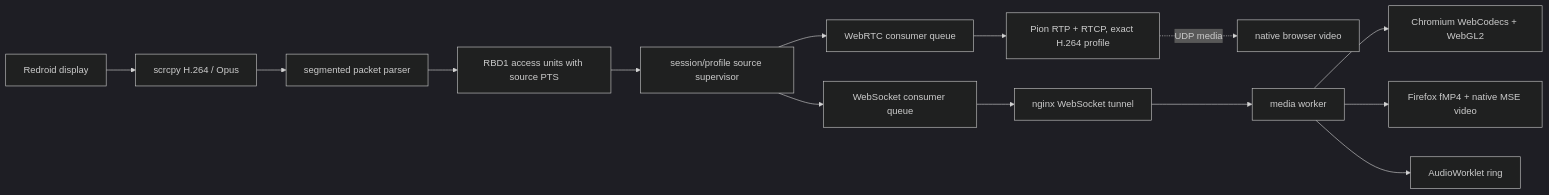
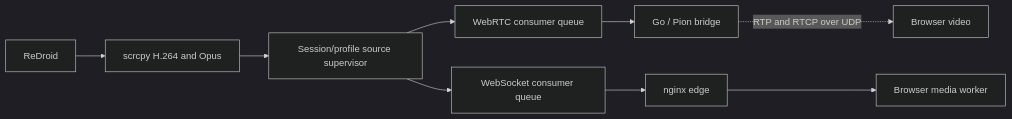
The diagram in docs/display-streaming.md (maeek/rebroid), drawn with Mermaid (dark theme) before and after one commit. The commit also changed other lines of this file and 22 other files, not shown here.

````diff
--- a/docs/display-streaming.md
+++ b/docs/display-streaming.md
@@ -10,16 +9,11 @@
 ```mermaid
 flowchart LR
-  Android["Redroid display"] --> Scrcpy["scrcpy H.264 / Opus"]
-  Scrcpy --> Parser["segmented packet parser"]
-  Parser --> Frame["RBD1 access units with source PTS"]
-  Frame --> Source["session/profile source supervisor"]
-  Source --> QueueA["WebRTC consumer queue"]
-  Source --> QueueB["WebSocket consumer queue"]
-  QueueA --> Pion["Pion RTP + RTCP, exact H.264 profile"]
-  Pion -. "UDP media" .-> Video["native browser video"]
-  QueueB --> Edge["nginx WebSocket tunnel"]
-  Edge --> Worker["media worker"]
-  Worker --> Chromium["Chromium WebCodecs + WebGL2"]
-  Worker --> Firefox["Firefox fMP4 + native MSE video"]
-  Worker --> Audio["AudioWorklet ring"]
+  Android["ReDroid"] --> Scrcpy["scrcpy H.264 and Opus"]
+  Scrcpy --> Source["Session/profile source supervisor"]
+  Source --> RTC["WebRTC consumer queue"]
+  Source --> WS["WebSocket consumer queue"]
+  RTC --> Pion["Go / Pion bridge"]
+  Pion -.->|RTP and RTCP over UDP| Browser["Browser video"]
+  WS --> Edge["nginx edge"]
+  Edge --> Worker["Browser media worker"]
 ```
````
